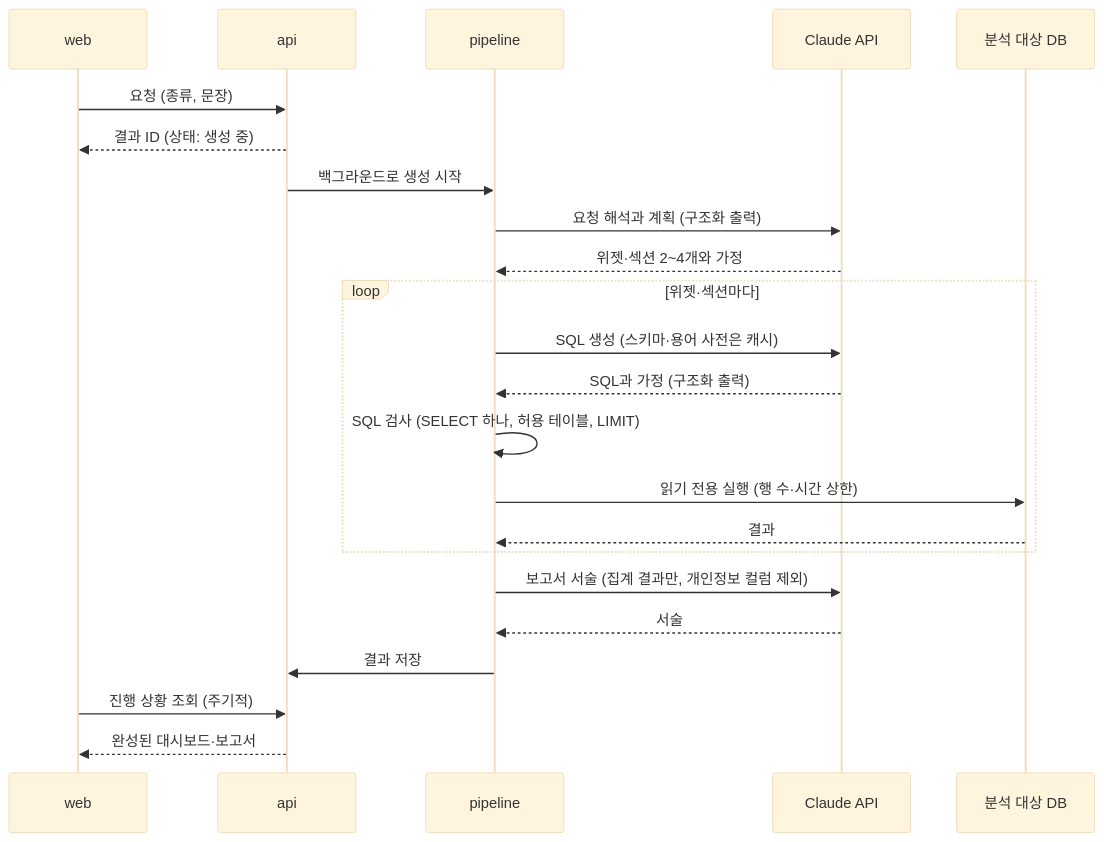
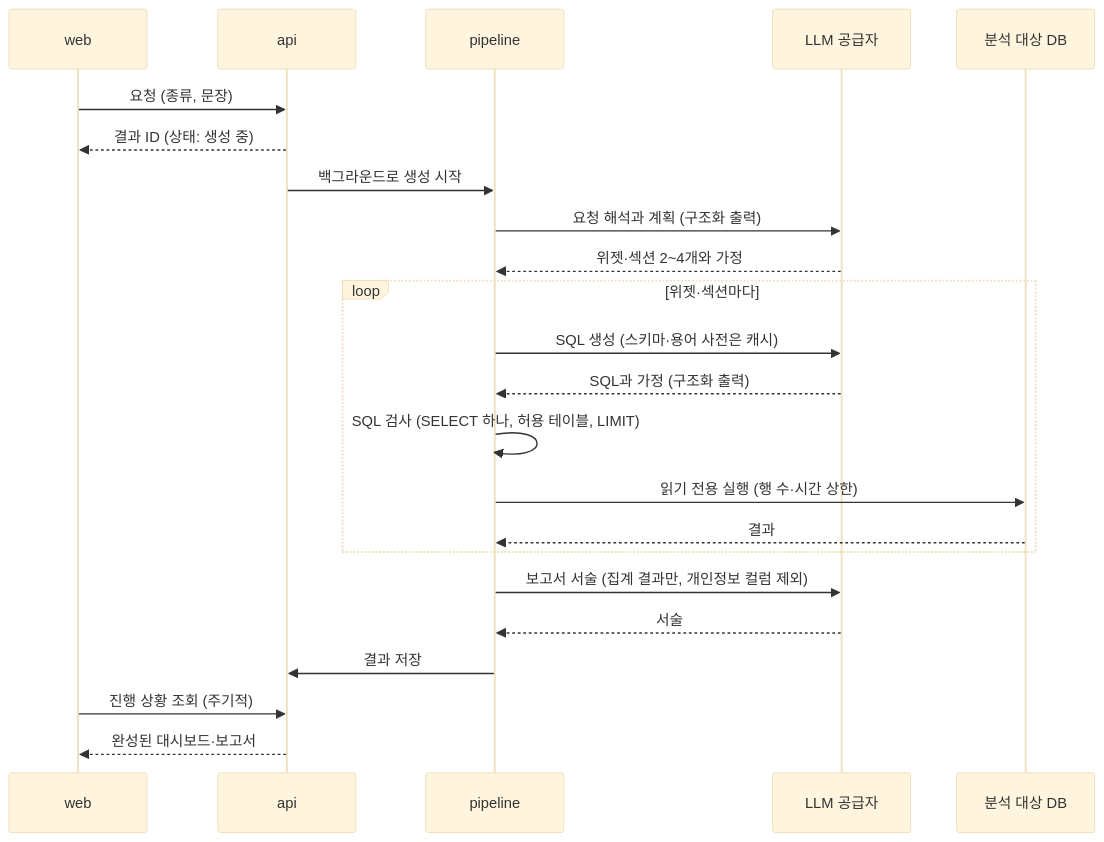
The second of 4 diagrams in docs/mvp/05-architecture.md (Vryez11/AskFlow), drawn with Mermaid (base theme) before and after one commit. The commit also changed other lines of this file, not shown here.

First line of the commit message:
docs(architecture): LLM 공급자를 설정으로 바꾸고 서킷 브레이커로 자동 전환하게 한다

````diff
--- a/docs/mvp/05-architecture.md
+++ b/docs/mvp/05-architecture.md
@@ -67,25 +67,25 @@
 ```mermaid
 sequenceDiagram
     participant W as web
     participant A as api
     participant P as pipeline
-    participant C as Claude API
+    participant C as LLM 공급자
     participant T as 분석 대상 DB
     W->>A: 요청 (종류, 문장)
     A-->>W: 결과 ID (상태: 생성 중)
     A->>P: 백그라운드로 생성 시작
     P->>C: 요청 해석과 계획 (구조화 출력)
     C-->>P: 위젯·섹션 2~4개와 가정
     loop 위젯·섹션마다
         P->>C: SQL 생성 (스키마·용어 사전은 캐시)
         C-->>P: SQL과 가정 (구조화 출력)
         P->>P: SQL 검사 (SELECT 하나, 허용 테이블, LIMIT)
         P->>T: 읽기 전용 실행 (행 수·시간 상한)
         T-->>P: 결과
     end
     P->>C: 보고서 서술 (집계 결과만, 개인정보 컬럼 제외)
     C-->>P: 서술
     P->>A: 결과 저장
     W->>A: 진행 상황 조회 (주기적)
     A-->>W: 완성된 대시보드·보고서
 ```
````
